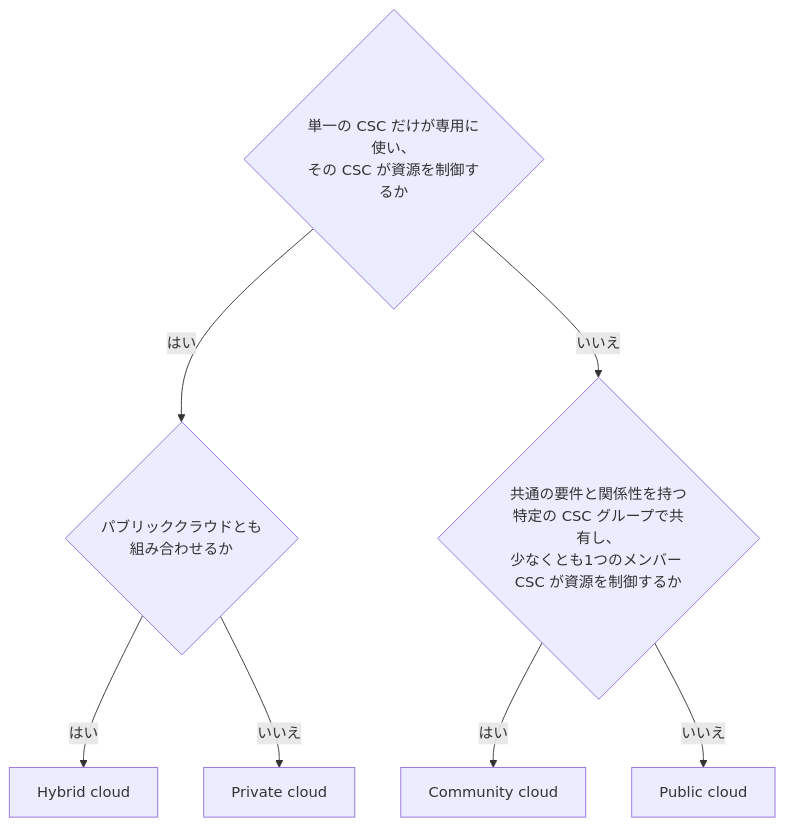
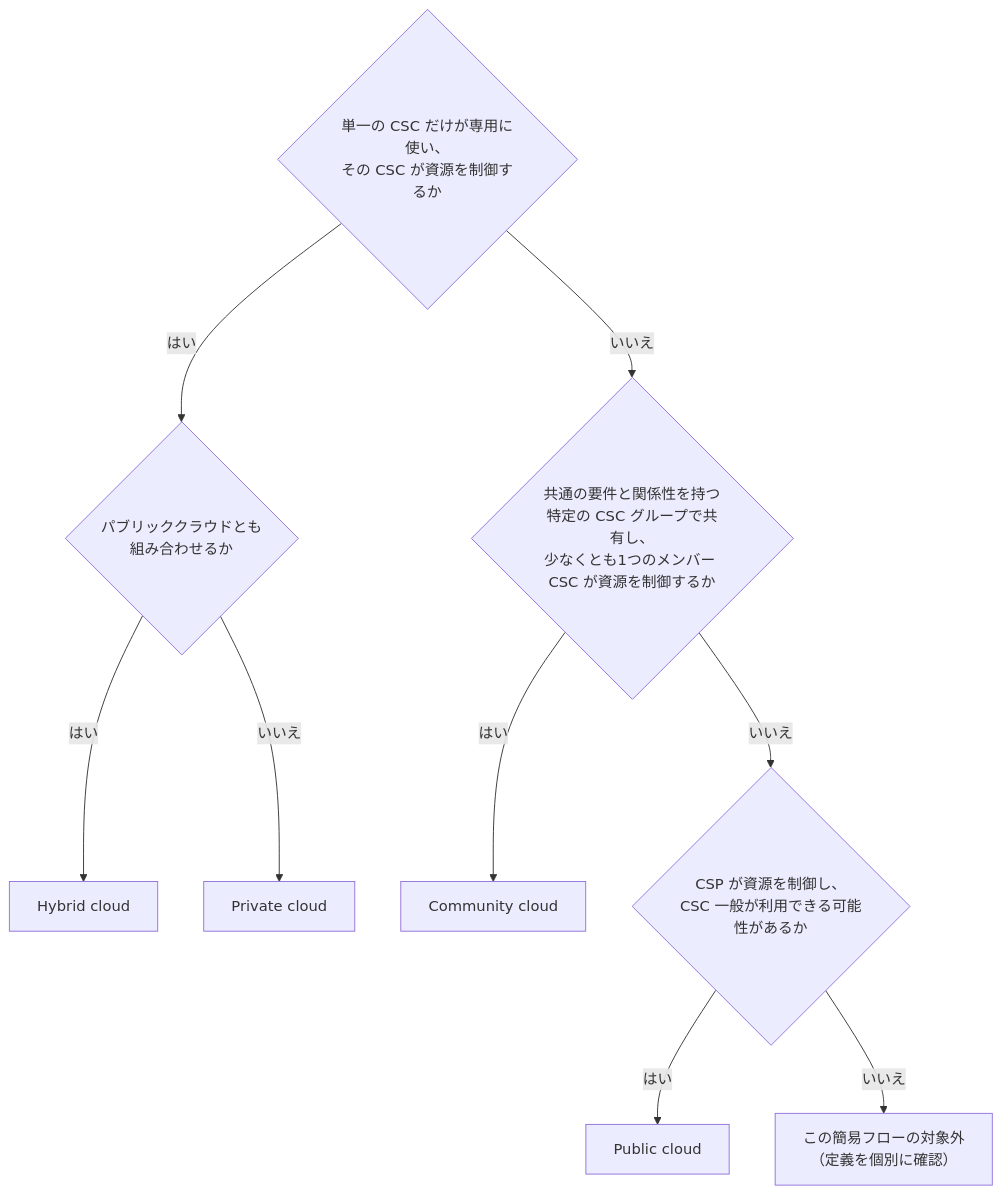
One commit to myoshi2891/Cloud-Infrastructure-and-Network-Studies changed the eighth of 14 diagrams in Iso-iec-22123-2-guide.md. Above: the diagram before and after it, drawn with Mermaid. The commit also changed 2 other files, not shown here.

Commit message:
docs(iso22123): clarify public cloud flowchart condition, CSN scope, and auditor definition

````diff
--- a/Iso-iec-22123-2-guide.md
+++ b/Iso-iec-22123-2-guide.md
@@ -485,16 +485,18 @@
 ```mermaid
 flowchart TD
     M1{"単一の CSC だけが専用に使い、<br/>その CSC が資源を制御するか"}
     M2{"共通の要件と関係性を持つ特定の CSC グループで共有し、<br/>少なくとも1つのメンバー CSC が資源を制御するか"}
     M3{"パブリッククラウドとも<br/>組み合わせるか"}
     P1["Private cloud"]
     P2["Community cloud"]
     P3["Hybrid cloud"]
     P4["Public cloud"]
     M1 -->|"はい"| M3
     M1 -->|"いいえ"| M2
     M2 -->|"はい"| P2
-    M2 -->|"いいえ"| P4
+    M2 -->|"いいえ"| M4{"CSP が資源を制御し、<br/>CSC 一般が利用できる可能性があるか"}
+    M4 -->|"はい"| P4
+    M4 -->|"いいえ"| P5["この簡易フローの対象外<br/>（定義を個別に確認）"]
     M3 -->|"はい"| P3
     M3 -->|"いいえ"| P1
 ```
````
